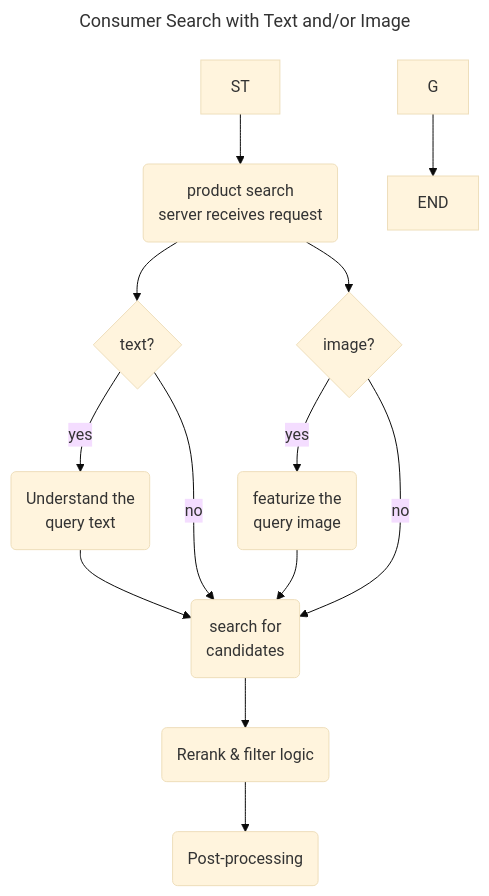
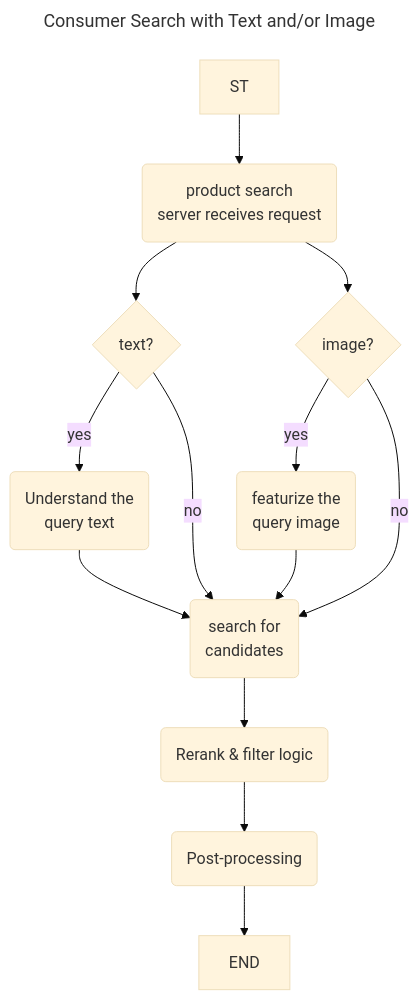
The diagram in 1_1_Multi-Search_text_and_image.md (zchangvs/diagram), drawn with Mermaid (base theme) before and after one commit.

````diff
--- a/1_1_Multi-Search_text_and_image.md
+++ b/1_1_Multi-Search_text_and_image.md
@@ -1,25 +1,25 @@
 ```mermaid
 ---
 title: Consumer Search with Text and/or Image
 ---
 flowchart TD
 %%    ST[start] --> A[query text<br>and/or image]
 %%    A --> B{client side<br>widget}
 %%    B -->|yes| S(update<br>event tracking)
 %%    B --> |no| C[product search<br>server receives request]
     ST --> C(product search<br>server receives request)
     C --> TQ{text?}
     TQ--> |yes| D1(Understand the<br>query text)
     C --> IQ{image?}
     IQ--> |yes| D2(featurize the<br>query image)
     D1 --> E1(search for<br>candidates)
     D2 --> E1
     TQ--> |no| E1
     IQ--> |no| E1 
     E1 --> E2(Rerank & filter logic)
     E2 --> F(Post-processing)
 %%    F --> G(update statistics)
-    G --> END[END] 
+    F --> END[END] 
 
 
 ```
````
